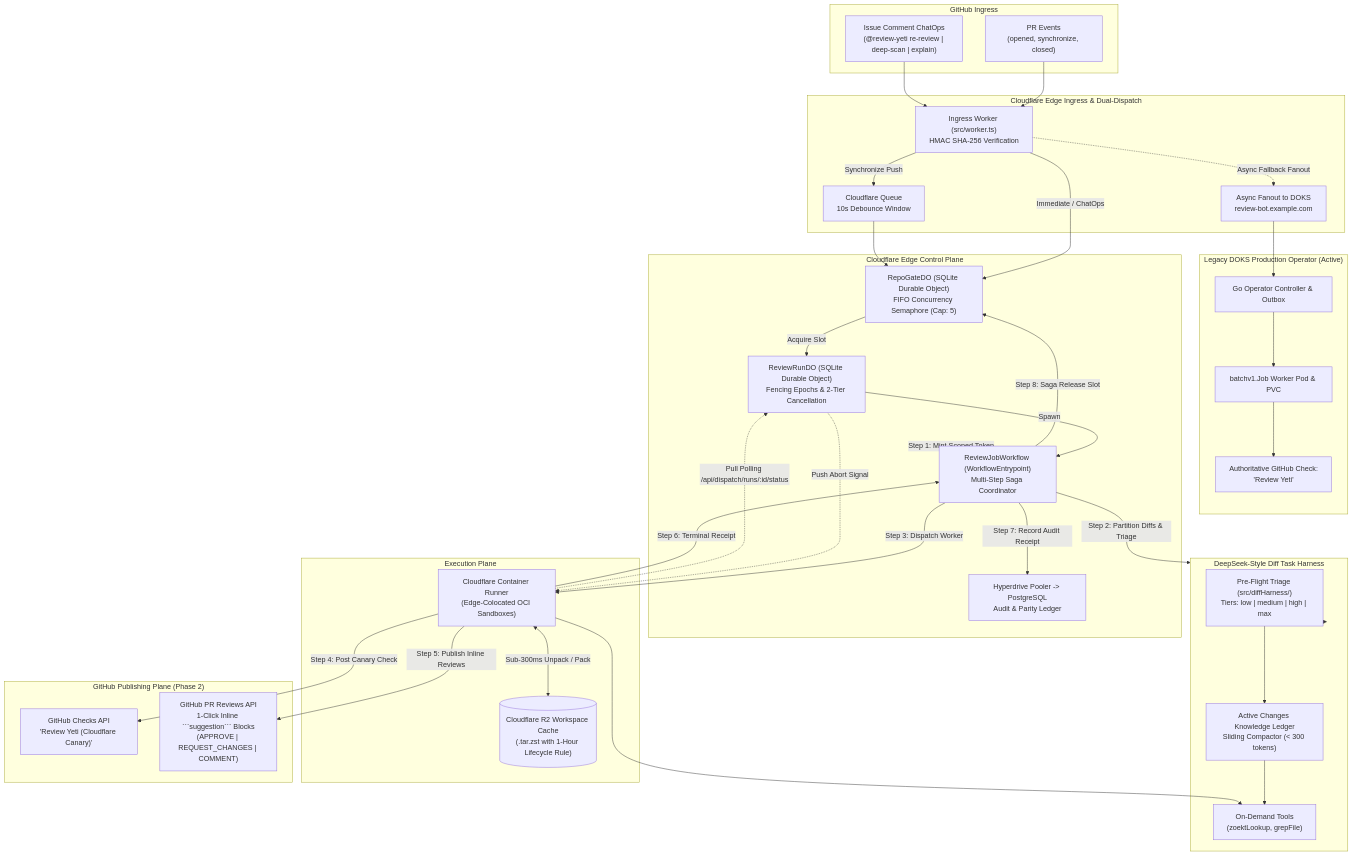
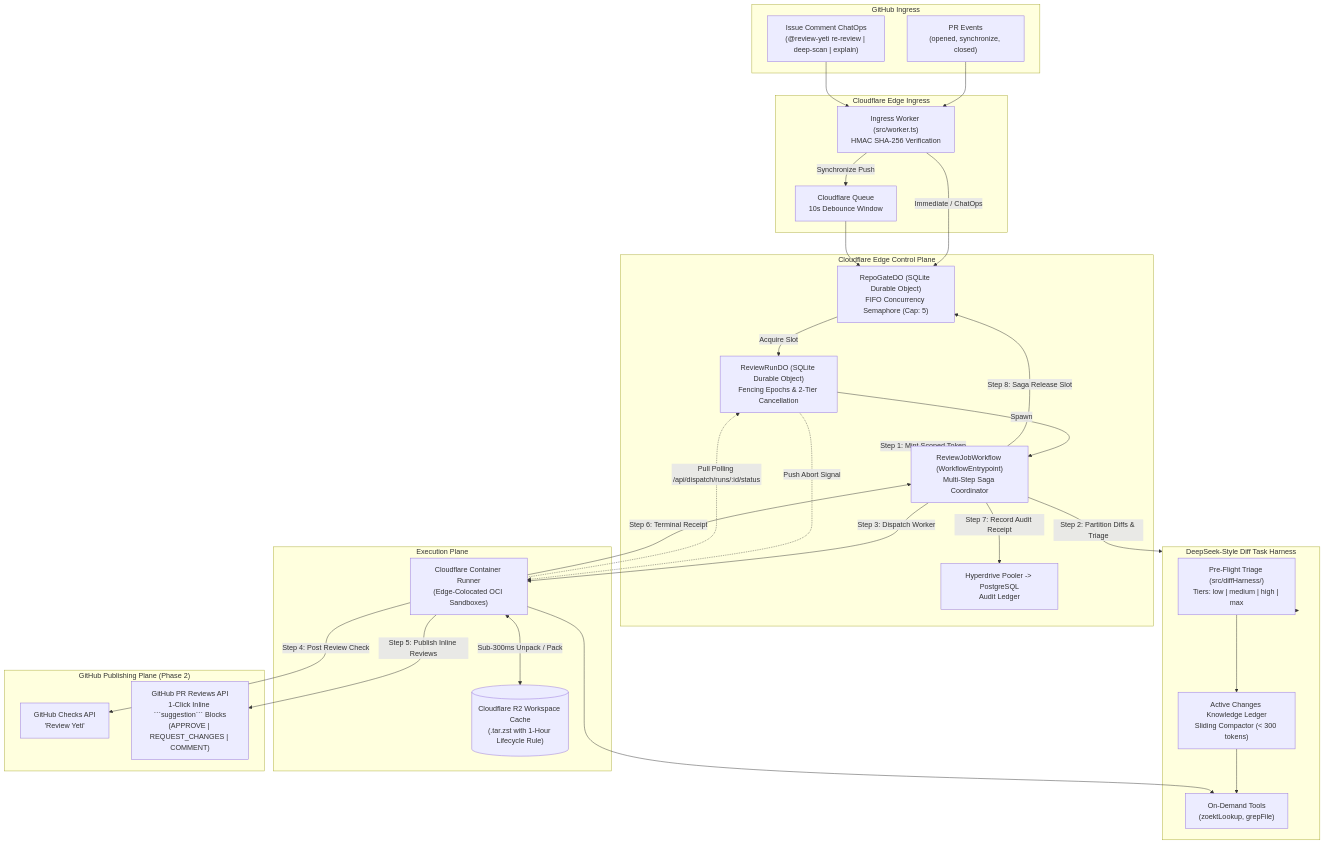
Before and after one commit to review-yeti-ai/review-yeti-bot: the diagram in cf-orchestrator/README.md, drawn with Mermaid. The commit also changed other lines of this file and 90 other files, not shown here.

First line of the commit message:
feat(action): neutral edge dispatch contract, remove DOKS fallback (#1504)

````diff
--- a/cf-orchestrator/README.md
+++ b/cf-orchestrator/README.md
@@ -35,76 +34,66 @@
 ```mermaid
 flowchart TD
     subgraph GH_IN["GitHub Ingress"]
         PR_EVENT["PR Events<br/>(opened, synchronize, closed)"]
         CHATOPS_EVENT["Issue Comment ChatOps<br/>(@review-yeti re-review | deep-scan | explain)"]
     end
 
-    subgraph PROXY["Cloudflare Edge Ingress & Dual-Dispatch"]
+    subgraph PROXY["Cloudflare Edge Ingress"]
         WORKER["Ingress Worker (src/worker.ts)<br/>HMAC SHA-256 Verification"]
-        DOKS_DISPATCH["Async Fanout to DOKS<br/>review-bot.example.com"]
         DEBOUNCE_QUEUE["Cloudflare Queue<br/>10s Debounce Window"]
-    end
-
-    subgraph DOKS_PROD["Legacy DOKS Production Operator (Active)"]
-        DOKS_CTRL["Go Operator Controller & Outbox"]
-        DOKS_JOB["batchv1.Job Worker Pod & PVC"]
-        DOKS_CHECK["Authoritative GitHub Check:<br/>'Review Yeti'"]
     end
 
     subgraph CF_CONTROL["Cloudflare Edge Control Plane"]
         REPO_GATE["RepoGateDO (SQLite Durable Object)<br/>FIFO Concurrency Semaphore (Cap: 5)"]
         REVIEW_RUN["ReviewRunDO (SQLite Durable Object)<br/>Fencing Epochs & 2-Tier Cancellation"]
         WORKFLOW["ReviewJobWorkflow (WorkflowEntrypoint)<br/>Multi-Step Saga Coordinator"]
-        HYPERDRIVE["Hyperdrive Pooler -> PostgreSQL<br/>Audit & Parity Ledger"]
+        HYPERDRIVE["Hyperdrive Pooler -> PostgreSQL<br/>Audit Ledger"]
     end
 
     subgraph DIFF_HARNESS["DeepSeek-Style Diff Task Harness"]
         TRIAGE["Pre-Flight Triage (src/diffHarness/)<br/>Tiers: low | medium | high | max"]
         ACTIVE_LEDGER["Active Changes Knowledge Ledger<br/>Sliding Compactor (< 300 tokens)"]
         GROUNDING["On-Demand Tools<br/>(zoektLookup, grepFile)"]
     end
 
     subgraph RUNNERS["Execution Plane"]
         CF_RUNNER["Cloudflare Container Runner<br/>(Edge-Colocated OCI Sandboxes)"]
         R2_CACHE[("Cloudflare R2 Workspace Cache<br/>(.tar.zst with 1-Hour Lifecycle Rule)")]
     end
 
     subgraph PUBLISHING["GitHub Publishing Plane (Phase 2)"]
-        CANARY_CHECK["GitHub Checks API<br/>'Review Yeti (Cloudflare Canary)'"]
+        REVIEW_CHECK["GitHub Checks API<br/>'Review Yeti'"]
         INLINE_REVIEWS["GitHub PR Reviews API<br/>1-Click Inline ```suggestion``` Blocks<br/>(APPROVE | REQUEST_CHANGES | COMMENT)"]
     end
 
     %% Ingress Flow
     PR_EVENT --> WORKER
     CHATOPS_EVENT --> WORKER
-    WORKER -.->|Async Fallback Fanout| DOKS_DISPATCH
-    DOKS_DISPATCH --> DOKS_CTRL --> DOKS_JOB --> DOKS_CHECK
-
     %% Cloudflare Pipeline Flow
     WORKER -->|Synchronize Push| DEBOUNCE_QUEUE
     WORKER -->|Immediate / ChatOps| REPO_GATE
     DEBOUNCE_QUEUE --> REPO_GATE
     REPO_GATE -->|Acquire Slot| REVIEW_RUN
     REVIEW_RUN -->|Spawn| WORKFLOW
 
     WORKFLOW -->|Step 1: Mint Scoped Token| CF_CONTROL
     WORKFLOW -->|Step 2: Partition Diffs & Triage| DIFF_HARNESS
     DIFF_HARNESS --> TRIAGE
     TRIAGE --> ACTIVE_LEDGER
     ACTIVE_LEDGER --> GROUNDING
 
     WORKFLOW -->|Step 3: Dispatch Worker| CF_RUNNER
     CF_RUNNER <-->|Sub-300ms Unpack / Pack| R2_CACHE
     CF_RUNNER --> GROUNDING
 
     %% Two-Tier Cancellation Flow
     REVIEW_RUN -.->|Push Abort Signal| CF_RUNNER
     CF_RUNNER -.->|Pull Polling /api/dispatch/runs/:id/status| REVIEW_RUN
 
     %% Output Flow
-    CF_RUNNER -->|Step 4: Post Canary Check| CANARY_CHECK
+    CF_RUNNER -->|Step 4: Post Review Check| REVIEW_CHECK
     CF_RUNNER -->|Step 5: Publish Inline Reviews| INLINE_REVIEWS
     CF_RUNNER -->|Step 6: Terminal Receipt| WORKFLOW
     WORKFLOW -->|Step 7: Record Audit Receipt| HYPERDRIVE
     WORKFLOW -->|Step 8: Saga Release Slot| REPO_GATE
 ```
````
